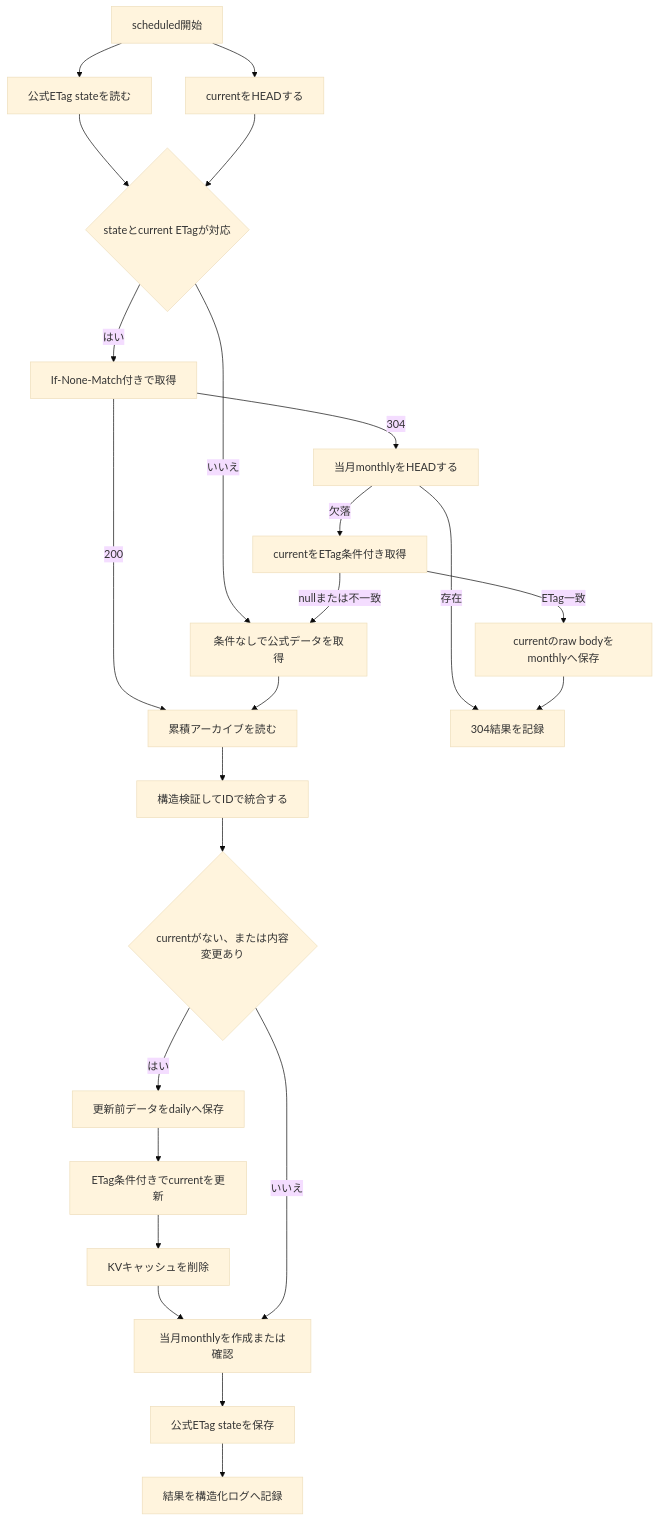
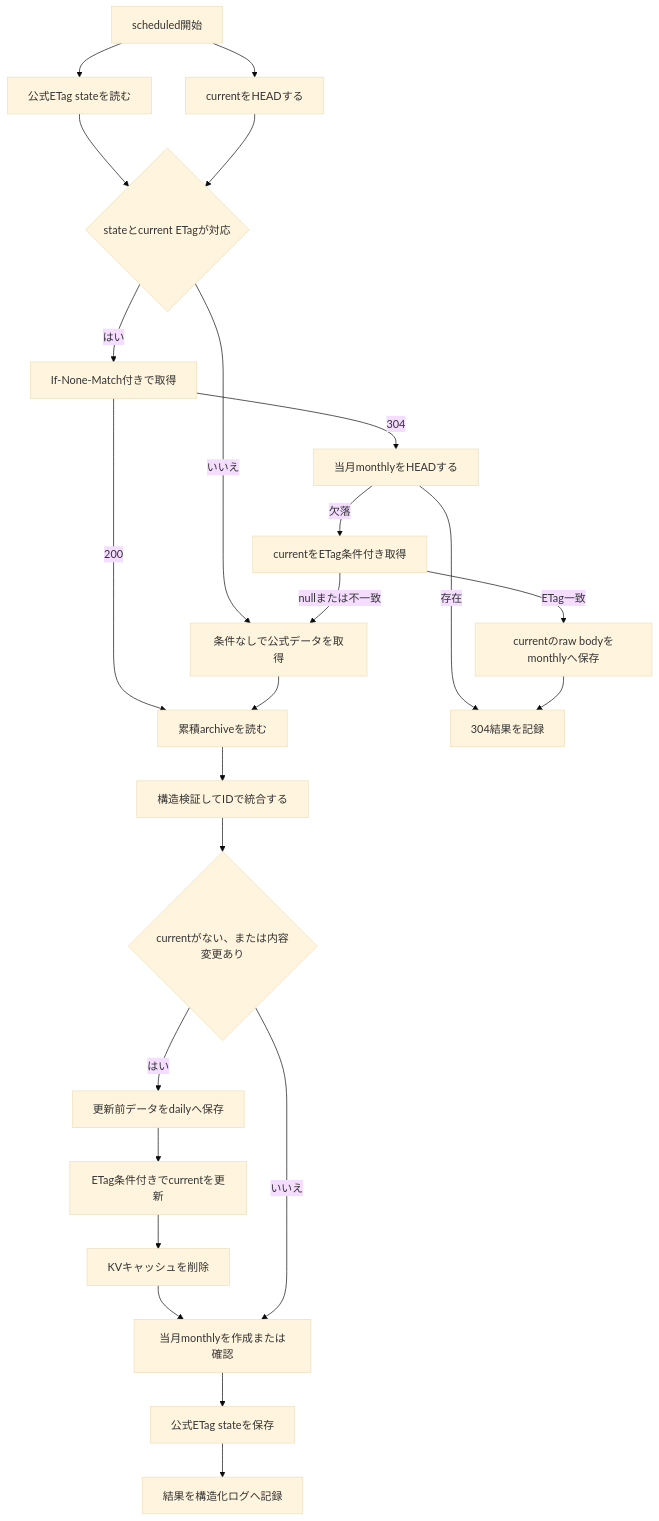
The diagram in docs/news-archive-scheduled-spec.md (reamkf/kf3-notification-search), drawn with Mermaid (base theme) before and after one commit. The commit also changed other lines of this file and 7 other files, not shown here.

Commit message:
docs: document two-stage news refresh flow

````diff
--- a/docs/news-archive-scheduled-spec.md
+++ b/docs/news-archive-scheduled-spec.md
@@ -25,26 +25,26 @@
 ```mermaid
 flowchart TD
     Start[scheduled開始] --> State[公式ETag stateを読む]
     Start --> Head[currentをHEADする]
     State --> Eligible{stateとcurrent ETagが対応}
     Head --> Eligible
     Eligible -->|いいえ| FullFetch[条件なしで公式データを取得]
     Eligible -->|はい| ConditionalFetch[If-None-Match付きで取得]
-    ConditionalFetch -->|200| Read[累積アーカイブを読む]
+    ConditionalFetch -->|200| Read[累積archiveを読む]
     FullFetch --> Read
     ConditionalFetch -->|304| MonthlyCheck[当月monthlyをHEADする]
     MonthlyCheck -->|存在| Log304[304結果を記録]
     MonthlyCheck -->|欠落| CurrentIfEtag[currentをETag条件付き取得]
     CurrentIfEtag -->|ETag一致| MonthlyCreate[currentのraw bodyをmonthlyへ保存]
     CurrentIfEtag -->|nullまたは不一致| FullFetch
     Read --> Validate[構造検証してIDで統合する]
     Validate --> Changed{currentがない、または内容変更あり}
     Changed -->|はい| Daily[更新前データをdailyへ保存]
     Daily --> Current[ETag条件付きでcurrentを更新]
     Current --> Cache[KVキャッシュを削除]
     Cache --> Monthly[当月monthlyを作成または確認]
     Changed -->|いいえ| Monthly
     Monthly --> StateSave[公式ETag stateを保存]
     StateSave --> Log[結果を構造化ログへ記録]
     MonthlyCreate --> Log304
 ```
````
